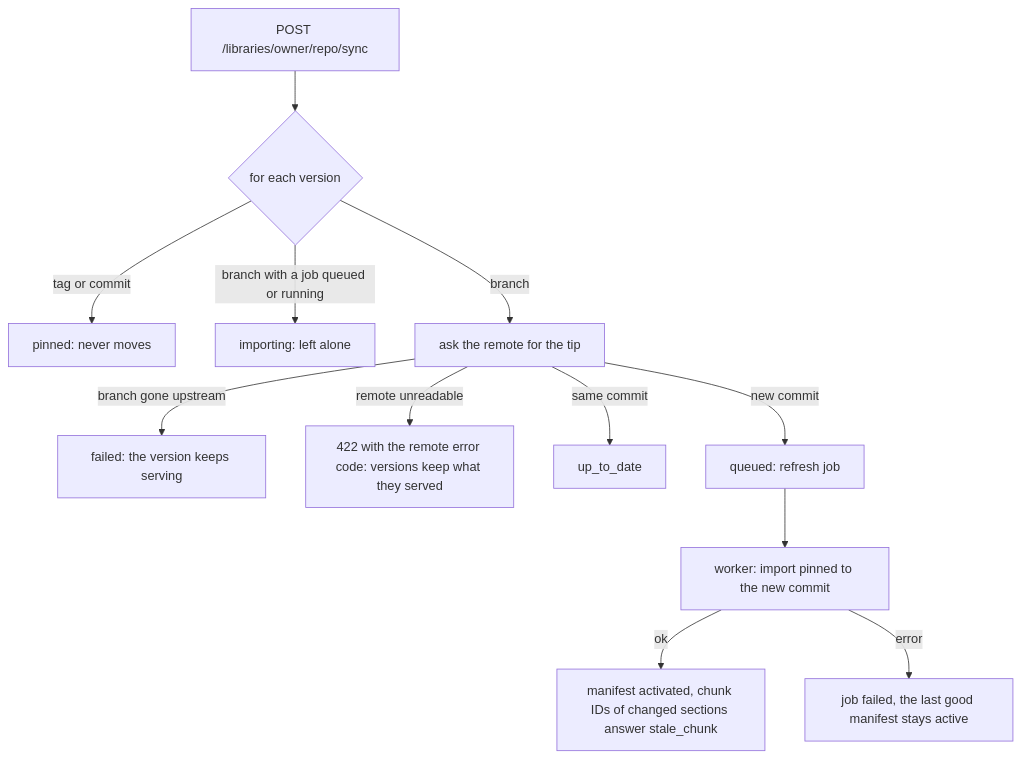
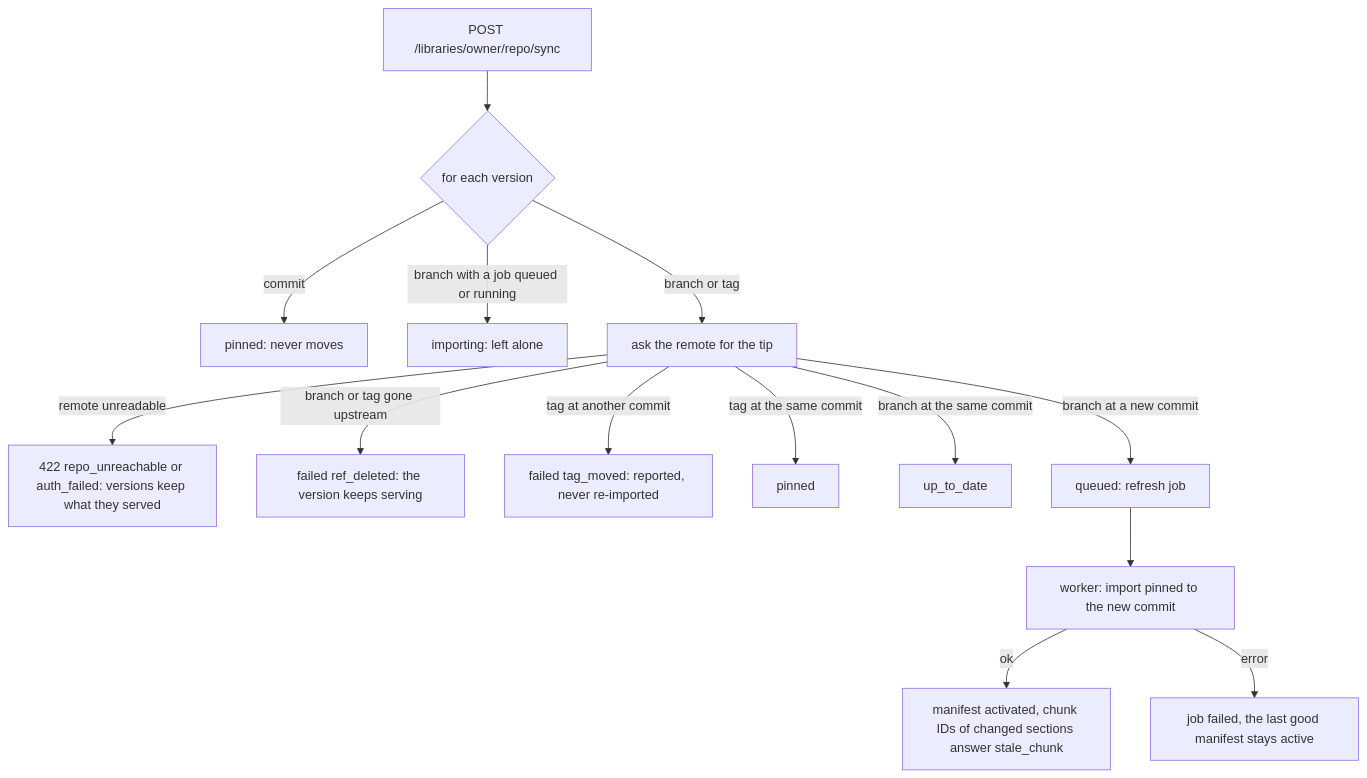
The second of 5 diagrams in docs/flows.md (SirCypkowskyy/ExactDocs), drawn with Mermaid before and after one commit. The commit also changed other lines of this file and 29 other files, not shown here.

First line of the commit message:
feat(ingestion): sync failures get distinct error codes, and moved tags are reported (#60)

````diff
--- a/docs/flows.md
+++ b/docs/flows.md
@@ -57,14 +59,16 @@
 ```mermaid
 flowchart TD
     sync["POST /libraries/owner/repo/sync"] --> each{"for each version"}
-    each -->|tag or commit| pinned["pinned: never moves"]
+    each -->|commit| pinned["pinned: never moves"]
     each -->|branch with a job queued or running| importing["importing: left alone"]
-    each -->|branch| ask["ask the remote for the tip"]
-    ask -->|branch gone upstream| failed["failed: the version keeps serving"]
-    ask -->|remote unreadable| err422["422 with the remote error code: versions keep what they served"]
-    ask -->|same commit| uptodate["up_to_date"]
-    ask -->|new commit| queued["queued: refresh job"]
+    each -->|branch or tag| ask["ask the remote for the tip"]
+    ask -->|remote unreadable| err422["422 repo_unreachable or auth_failed: versions keep what they served"]
+    ask -->|branch or tag gone upstream| failed["failed ref_deleted: the version keeps serving"]
+    ask -->|tag at another commit| moved["failed tag_moved: reported, never re-imported"]
+    ask -->|tag at the same commit| pinnedtag["pinned"]
+    ask -->|branch at the same commit| uptodate["up_to_date"]
+    ask -->|branch at a new commit| queued["queued: refresh job"]
     queued --> run["worker: import pinned to the new commit"]
     run -->|ok| swap["manifest activated, chunk IDs of changed sections answer stale_chunk"]
     run -->|error| keep["job failed, the last good manifest stays active"]
 ```
````
